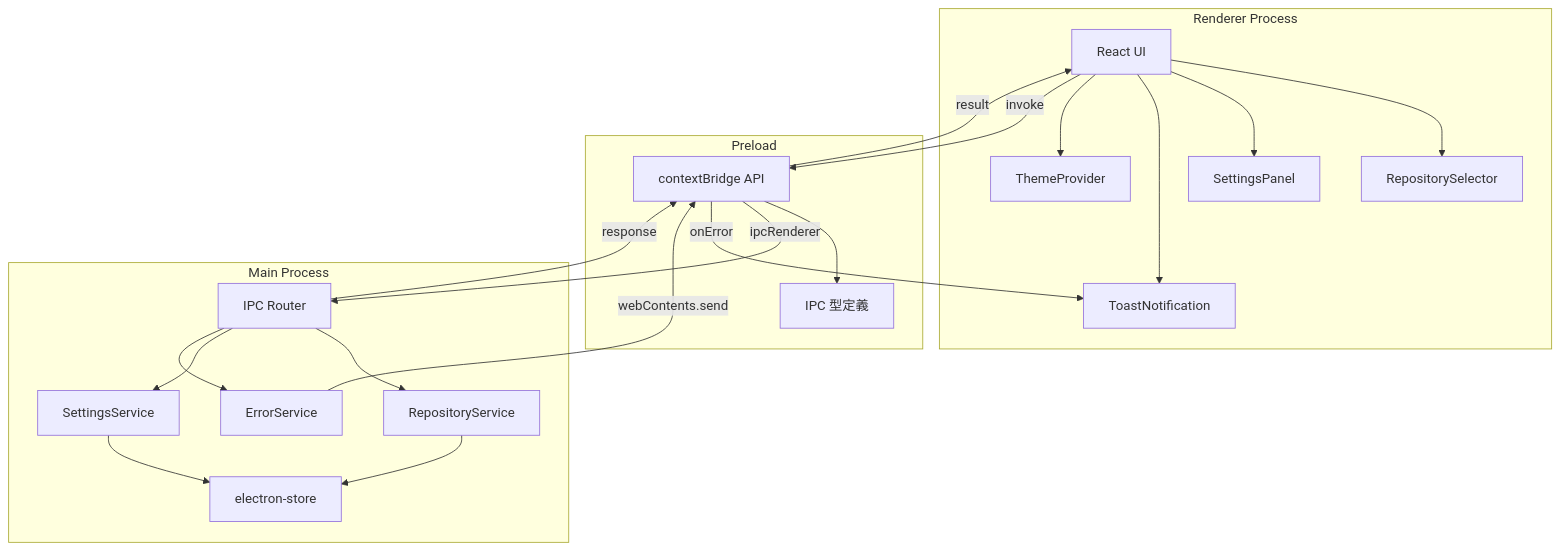
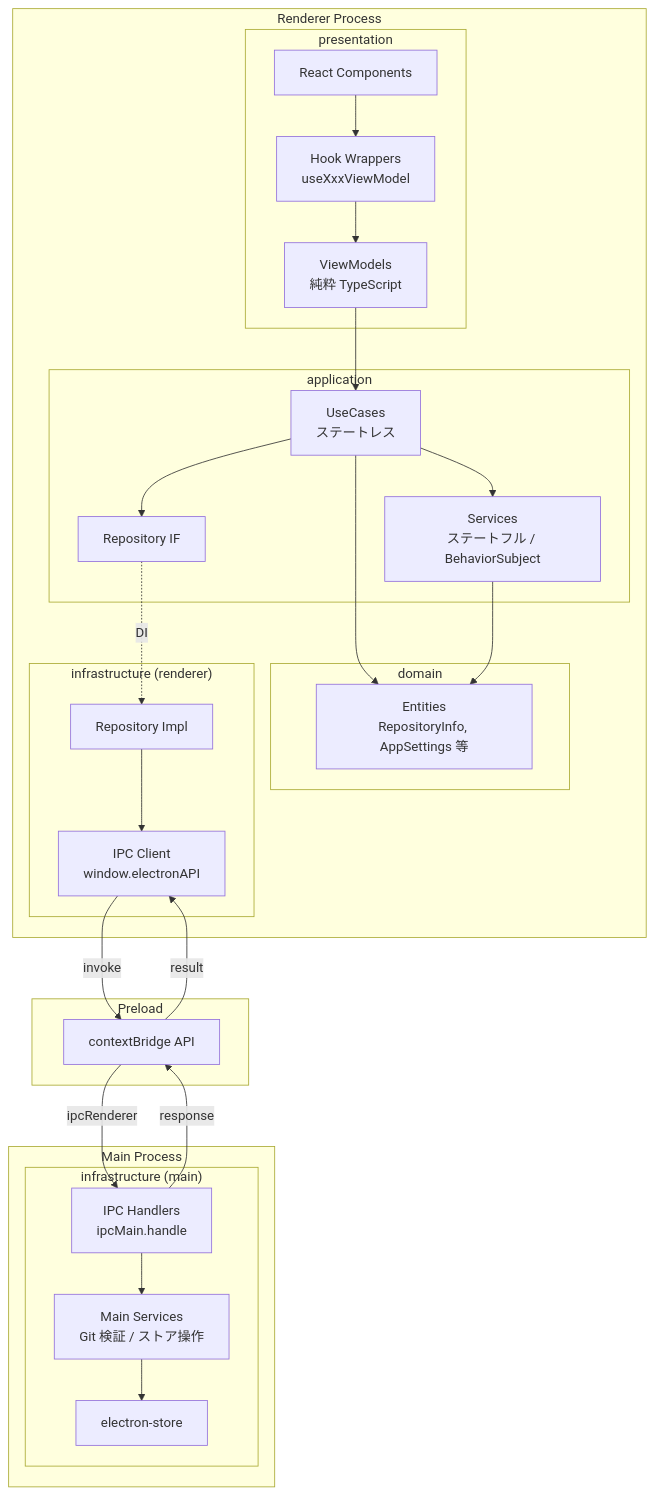
One commit to ToshikiImagawa/Buruma changed the diagram in .sdd/specification/application-foundation_design.md. Above: the diagram before and after it, drawn with Mermaid. The commit also changed other lines of this file and 33 other files, not shown here.

````diff
--- a/.sdd/specification/application-foundation_design.md
+++ b/.sdd/specification/application-foundation_design.md
@@ -78,40 +88,50 @@
 ```mermaid
 graph TD
     subgraph "Renderer Process"
-        React[React UI]
-        RepoSelector[RepositorySelector]
-        SettingsPanel[SettingsPanel]
-        ToastUI[ToastNotification]
-        ThemeProvider[ThemeProvider]
-        React --> RepoSelector
-        React --> SettingsPanel
-        React --> ToastUI
-        React --> ThemeProvider
+        subgraph "presentation"
+            Components[React Components]
+            Hooks[Hook Wrappers<br/>useXxxViewModel]
+            ViewModels[ViewModels<br/>純粋 TypeScript]
+            Components --> Hooks
+            Hooks --> ViewModels
+        end
+        subgraph "application"
+            UseCases[UseCases<br/>ステートレス]
+            Services[Services<br/>ステートフル / BehaviorSubject]
+            RepoIF["Repository IF"]
+            ViewModels --> UseCases
+            UseCases --> Services
+            UseCases --> RepoIF
+        end
+        subgraph "domain"
+            Entities[Entities<br/>RepositoryInfo, AppSettings 等]
+        end
+        subgraph "infrastructure (renderer)"
+            RepoImpl[Repository Impl]
+            IPCClient["IPC Client<br/>window.electronAPI"]
+            RepoIF -.->|DI| RepoImpl
+            RepoImpl --> IPCClient
+        end
+        UseCases --> Entities
+        Services --> Entities
     end
 
     subgraph "Preload"
         Bridge[contextBridge API]
-        IPCTypes[IPC 型定義]
-        Bridge --> IPCTypes
     end
 
     subgraph "Main Process"
-        IPCRouter[IPC Router]
-        RepoService[RepositoryService]
-        SettingsService[SettingsService]
-        ErrorService[ErrorService]
-        Store[electron-store]
-        IPCRouter --> RepoService
-        IPCRouter --> SettingsService
-        IPCRouter --> ErrorService
-        RepoService --> Store
-        SettingsService --> Store
+        subgraph "infrastructure (main)"
+            IPCHandler[IPC Handlers<br/>ipcMain.handle]
+            MainServices[Main Services<br/>Git 検証 / ストア操作]
+            Store[electron-store]
+            IPCHandler --> MainServices
+            MainServices --> Store
+        end
     end
 
-    React -->|"invoke"| Bridge
-    Bridge -->|"ipcRenderer"| IPCRouter
-    IPCRouter -->|"response"| Bridge
-    Bridge -->|"result"| React
-    ErrorService -->|"webContents.send"| Bridge
-    Bridge -->|"onError"| ToastUI
+    IPCClient -->|"invoke"| Bridge
+    Bridge -->|"ipcRenderer"| IPCHandler
+    IPCHandler -->|"response"| Bridge
+    Bridge -->|"result"| IPCClient
 ```
````
